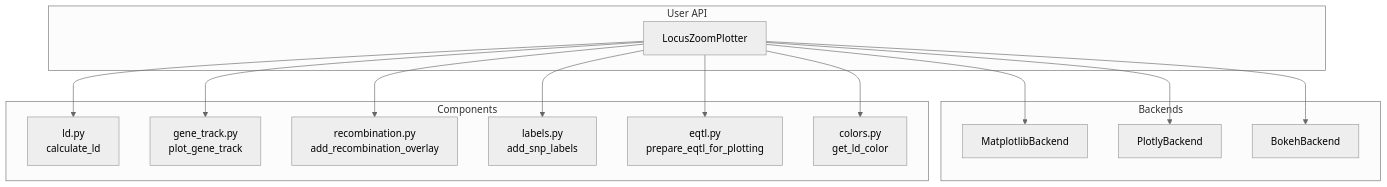
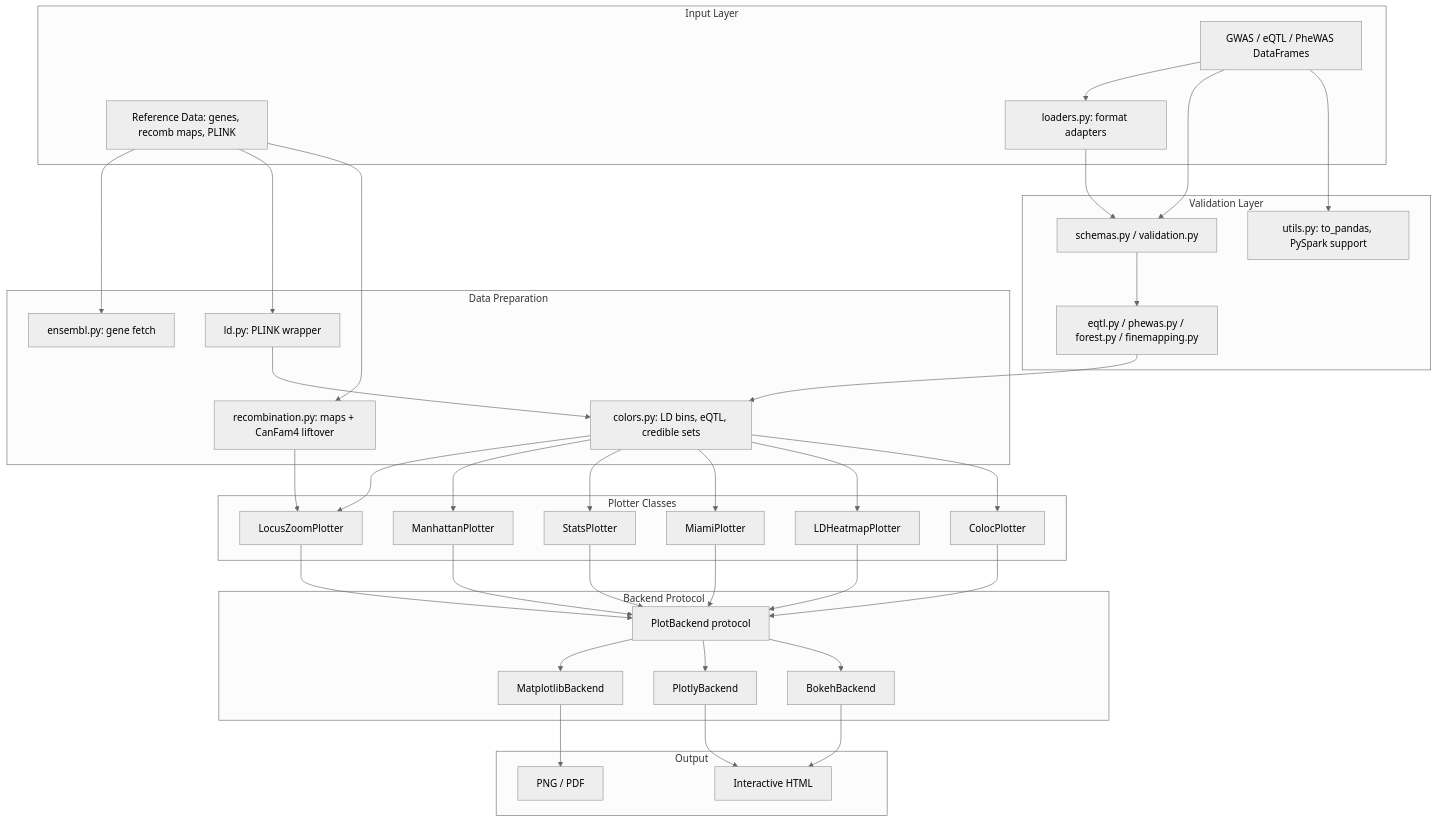
One commit to michael-denyer/pyLocusZoom changed the diagram in docs/ARCHITECTURE.md. Above: the diagram before and after it, drawn with Mermaid (neutral theme). The commit also changed other lines of this file and 34 other files, not shown here.

````diff
--- a/docs/ARCHITECTURE.md
+++ b/docs/ARCHITECTURE.md
@@ -43,32 +19,72 @@
 ```mermaid
 graph TD
-    subgraph User API
-        LZP[LocusZoomPlotter]
+    subgraph Input["Input Layer"]
+        GWAS[GWAS / eQTL / PheWAS DataFrames]
+        REF[Reference Data: genes, recomb maps, PLINK]
+        LOAD[loaders.py: format adapters]
     end
 
-    subgraph Backends
-        MPL[MatplotlibBackend]
-        PLY[PlotlyBackend]
-        BOK[BokehBackend]
+    subgraph Validate["Validation Layer"]
+        SCHEMA[schemas.py / validation.py]
+        EQTLV[eqtl.py / phewas.py / forest.py / finemapping.py]
+        UTILS[utils.py: to_pandas, PySpark support]
     end
 
-    subgraph Components
-        LD[ld.py<br/>calculate_ld]
-        GT[gene_track.py<br/>plot_gene_track]
-        RC[recombination.py<br/>add_recombination_overlay]
-        LB[labels.py<br/>add_snp_labels]
-        EQ[eqtl.py<br/>prepare_eqtl_for_plotting]
-        CO[colors.py<br/>get_ld_color]
+    subgraph Prepare["Data Preparation"]
+        LD[ld.py: PLINK wrapper]
+        RECOMB[recombination.py: maps + CanFam4 liftover]
+        ENSEMBL[ensembl.py: gene fetch]
+        COLORS[colors.py: LD bins, eQTL, credible sets]
     end
 
-    LZP --> MPL
-    LZP --> PLY
-    LZP --> BOK
+    subgraph Plotters["Plotter Classes"]
+        LZ[LocusZoomPlotter]
+        MP[ManhattanPlotter]
+        SP[StatsPlotter]
+        MIAMI[MiamiPlotter]
+        LDH[LDHeatmapPlotter]
+        CP[ColocPlotter]
+    end
 
-    LZP --> LD
-    LZP --> GT
-    LZP --> RC
-    LZP --> LB
-    LZP --> EQ
-    LZP --> CO
+    subgraph Backends["Backend Protocol"]
+        PROTO[PlotBackend protocol]
+        MPL[MatplotlibBackend]
+        PLOTLY[PlotlyBackend]
+        BOKEH[BokehBackend]
+    end
+
+    subgraph Output["Output"]
+        STATIC[PNG / PDF]
+        HTML[Interactive HTML]
+    end
+
+    GWAS --> LOAD
+    LOAD --> SCHEMA
+    GWAS --> SCHEMA
+    GWAS --> UTILS
+    REF --> ENSEMBL
+    REF --> LD
+    REF --> RECOMB
+    SCHEMA --> EQTLV
+    EQTLV --> COLORS
+    LD --> COLORS
+    COLORS --> LZ
+    COLORS --> MP
+    COLORS --> SP
+    COLORS --> MIAMI
+    COLORS --> LDH
+    COLORS --> CP
+    RECOMB --> LZ
+    LZ --> PROTO
+    MP --> PROTO
+    SP --> PROTO
+    MIAMI --> PROTO
+    LDH --> PROTO
+    CP --> PROTO
+    PROTO --> MPL
+    PROTO --> PLOTLY
+    PROTO --> BOKEH
+    MPL --> STATIC
+    PLOTLY --> HTML
+    BOKEH --> HTML
 ```
````
